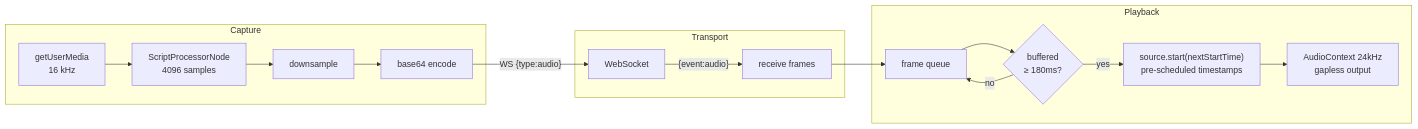
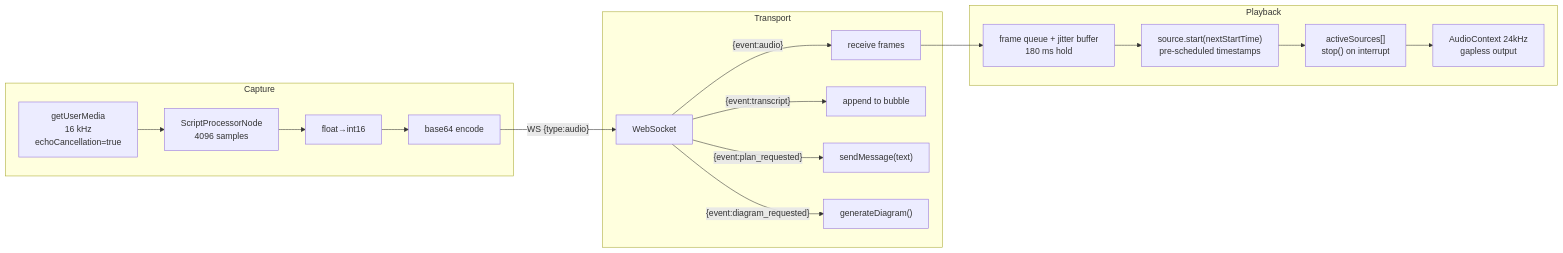
The seventh of 8 diagrams in ARCHITECTURE.md (ask-anannya/Compass), drawn with Mermaid before and after one commit. The commit also changed other lines of this file and 13 other files, not shown here.

First line of the commit message:
Add Live Assistant, architecture diagram, tool calling, and transcript streaming

````diff
--- a/ARCHITECTURE.md
+++ b/ARCHITECTURE.md
@@ -263,20 +268,22 @@
 ```mermaid
 flowchart LR
     subgraph Capture
-        MIC["getUserMedia\n16 kHz"] --> SPN["ScriptProcessorNode\n4096 samples"]
-        SPN --> DS["downsample"] --> B64["base64 encode"]
+        MIC["getUserMedia\n16 kHz\nechoCancellation=true"] --> SPN["ScriptProcessorNode\n4096 samples"]
+        SPN --> PCM["float→int16"] --> B64["base64 encode"]
     end
 
     subgraph Transport
         B64 -->|"WS {type:audio}"| WS["WebSocket"]
         WS -->|"{event:audio}"| RECV["receive frames"]
+        WS -->|"{event:transcript}"| TR["append to bubble"]
+        WS -->|"{event:plan_requested}"| PLAN["sendMessage(text)"]
+        WS -->|"{event:diagram_requested}"| DIAG["generateDiagram()"]
     end
 
     subgraph Playback
-        RECV --> Q["frame queue"]
-        Q --> JB{"buffered\n≥ 180ms?"}
-        JB -->|no| Q
-        JB -->|yes| SCHED["source.start(nextStartTime)\npre-scheduled timestamps"]
-        SCHED --> AC["AudioContext 24kHz\ngapless output"]
+        RECV --> Q["frame queue + jitter buffer\n180 ms hold"]
+        Q --> SCHED["source.start(nextStartTime)\npre-scheduled timestamps"]
+        SCHED --> TRACK["activeSources[]\nstop() on interrupt"]
+        TRACK --> AC["AudioContext 24kHz\ngapless output"]
     end
 ```
````
